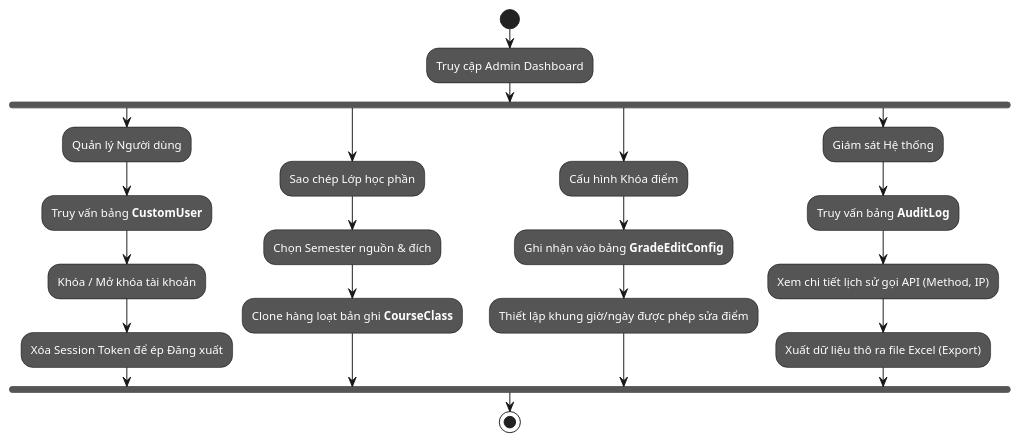
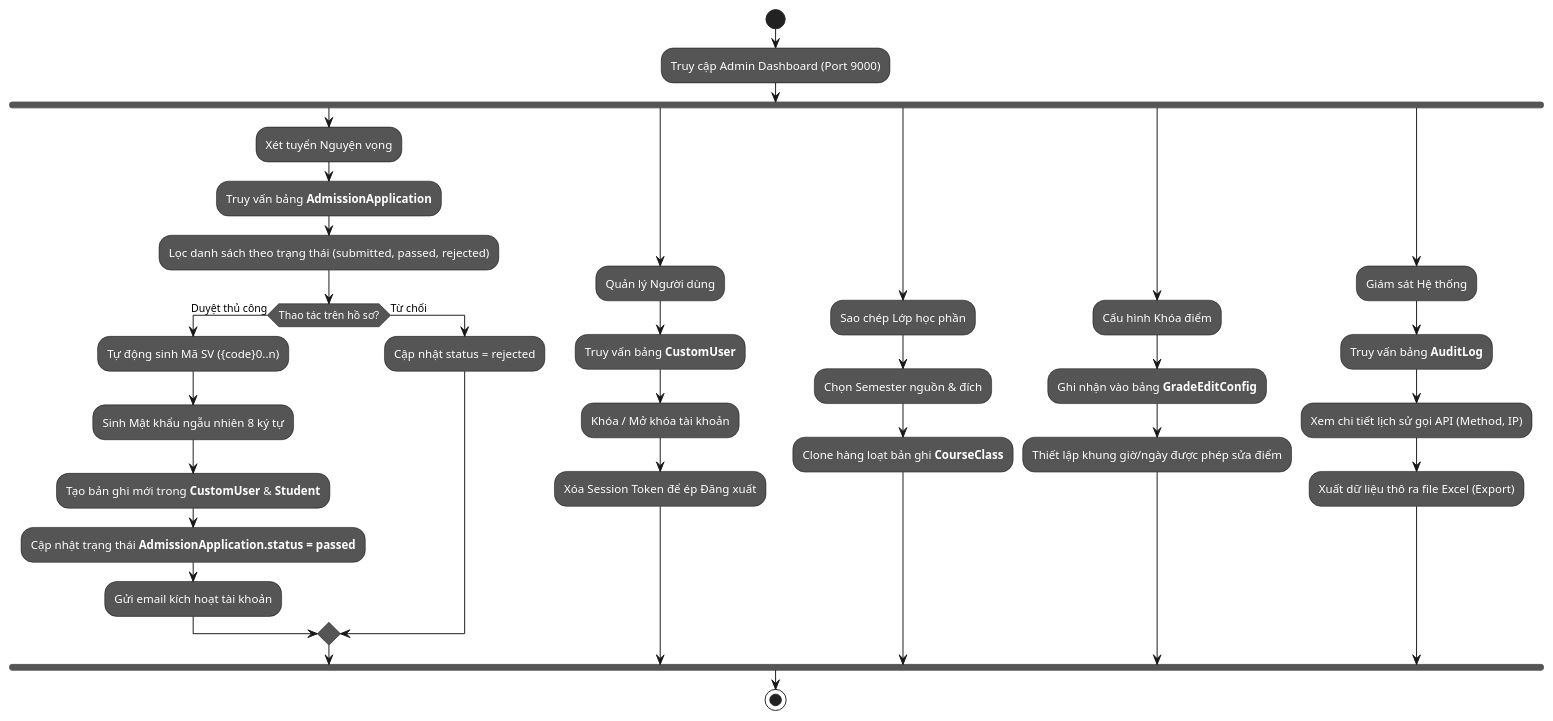
The fourth of 5 diagrams in docs/ActivityDiagram.md (NguyenHao1312/DO_NGUYEN_HAO-24CT1-CNPM), drawn with PlantUML before and after one commit. The commit also changed other lines of this file and 28 other files, not shown here.

First line of the commit message:
feat(admission): implement online admission portal, gmail otp, student id issuance & password change flow

````diff
--- a/docs/ActivityDiagram.md
+++ b/docs/ActivityDiagram.md
@@ -137,36 +156,49 @@
 ```plantuml
 @startuml
 skinparam activity {
   BackgroundColor #555555
   FontColor White
   BorderColor Black
 }
 skinparam activityDiamond {
   BackgroundColor #555555
   FontColor White
   BorderColor Black
 }
 start
-:Truy cập Admin Dashboard;
+:Truy cập Admin Dashboard (Port 9000);
 fork
+  :Xét tuyển Nguyện vọng;
+  :Truy vấn bảng **AdmissionApplication**;
+  :Lọc danh sách theo trạng thái (submitted, passed, rejected);
+  if (Thao tác trên hồ sơ?) then (Duyệt thủ công)
+    :Tự động sinh Mã SV ({code}0..n);
+    :Sinh Mật khẩu ngẫu nhiên 8 ký tự;
+    :Tạo bản ghi mới trong **CustomUser** & **Student**;
+    :Cập nhật trạng thái **AdmissionApplication.status = passed**;
+    :Gửi email kích hoạt tài khoản;
+  else (Từ chối)
+    :Cập nhật status = rejected;
+  endif
+fork again
   :Quản lý Người dùng;
   :Truy vấn bảng **CustomUser**;
   :Khóa / Mở khóa tài khoản;
   :Xóa Session Token để ép Đăng xuất;
 fork again
   :Sao chép Lớp học phần;
   :Chọn Semester nguồn & đích;
   :Clone hàng loạt bản ghi **CourseClass**;
 fork again
   :Cấu hình Khóa điểm;
   :Ghi nhận vào bảng **GradeEditConfig**;
   :Thiết lập khung giờ/ngày được phép sửa điểm;
 fork again
   :Giám sát Hệ thống;
   :Truy vấn bảng **AuditLog**;
   :Xem chi tiết lịch sử gọi API (Method, IP);
   :Xuất dữ liệu thô ra file Excel (Export);
 end fork
 stop
 @enduml
 ```
````
